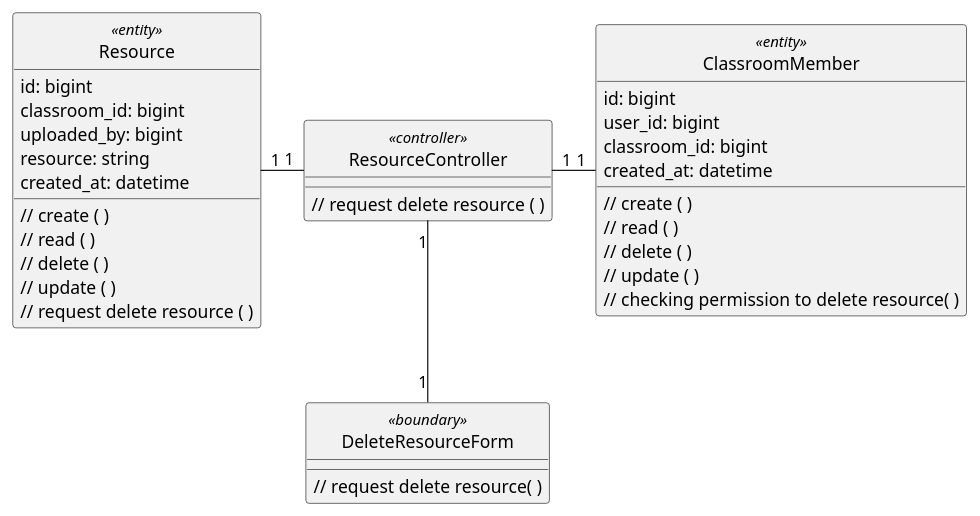
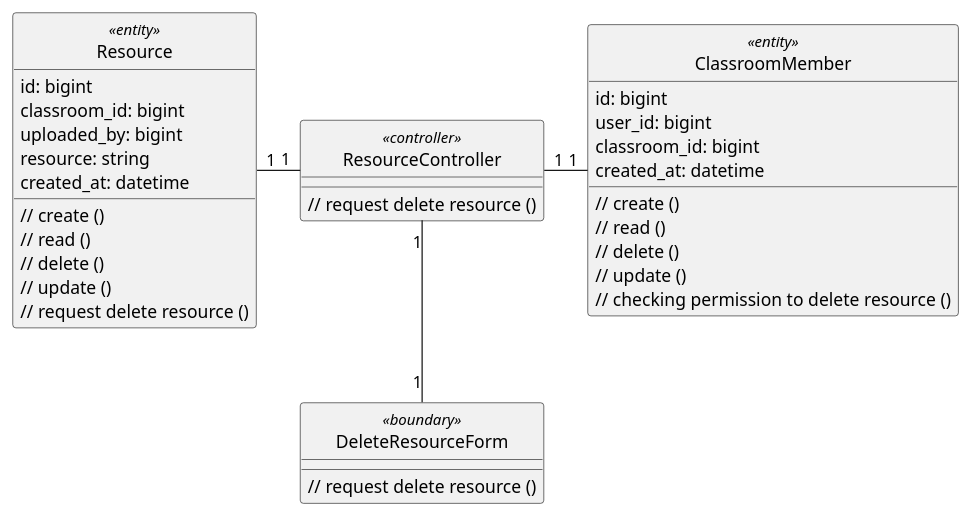
The diagram in class - analysis/resources/deleteResource.plantuml (anonyhostvn/OOAD-Diagram), drawn with PlantUML before and after one commit. The commit also changed 18 other files, not shown here.

```diff
--- a/class - analysis/resources/deleteResource.plantuml
+++ b/class - analysis/resources/deleteResource.plantuml
@@ -1,48 +1,48 @@
 @startuml deleteResource
 
 class Resource <<entity>> {
     id: bigint
     classroom_id: bigint
     uploaded_by: bigint
     resource: string
     created_at: datetime
 
-    // create ( )
-    // read ( )
-    // delete ( )
-    // update ( )
-    // request delete resource ( )
+    // create ()
+    // read ()
+    // delete ()
+    // update ()
+    // request delete resource ()
 }
 
 class ClassroomMember <<entity>> {
     id: bigint
     user_id: bigint
     classroom_id: bigint
     created_at: datetime
 
-    // create ( )
-    // read ( )
-    // delete ( )
-    // update ( )
-    // checking permission to delete resource( )
+    // create ()
+    // read ()
+    // delete ()
+    // update ()
+    // checking permission to delete resource ()
 }
 
 class DeleteResourceForm <<boundary>> {
-    // request delete resource( )
+    // request delete resource ()
 }
 
 class ResourceController <<controller>> {
-    // request delete resource ( )
+    // request delete resource ()
 }
 
 hide Resource <<entity>> circle
 hide DeleteResourceForm <<boundary>> circle
 hide ResourceController <<controller>> circle
 
 ResourceController "1" -left- "1" Resource
 ResourceController "1" -right- "1" ClassroomMember
 ResourceController "1" -down- "1" DeleteResourceForm
 
 
 
 @enduml
```
